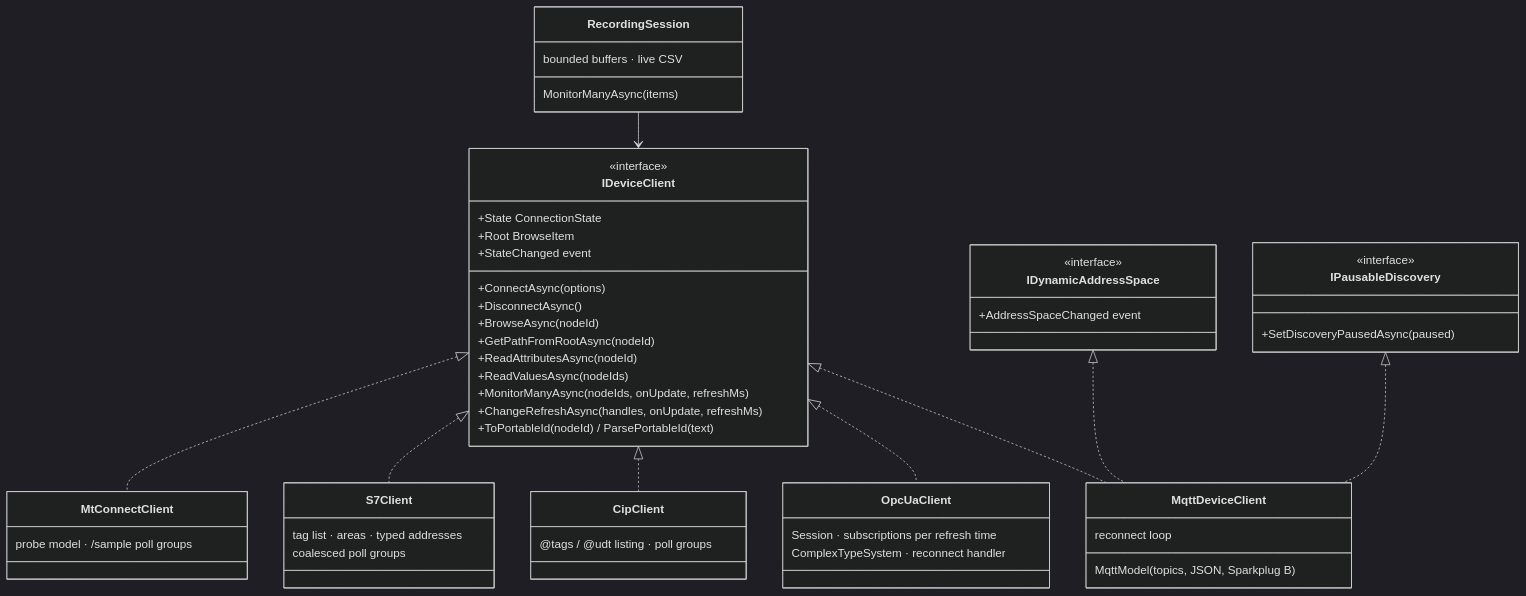
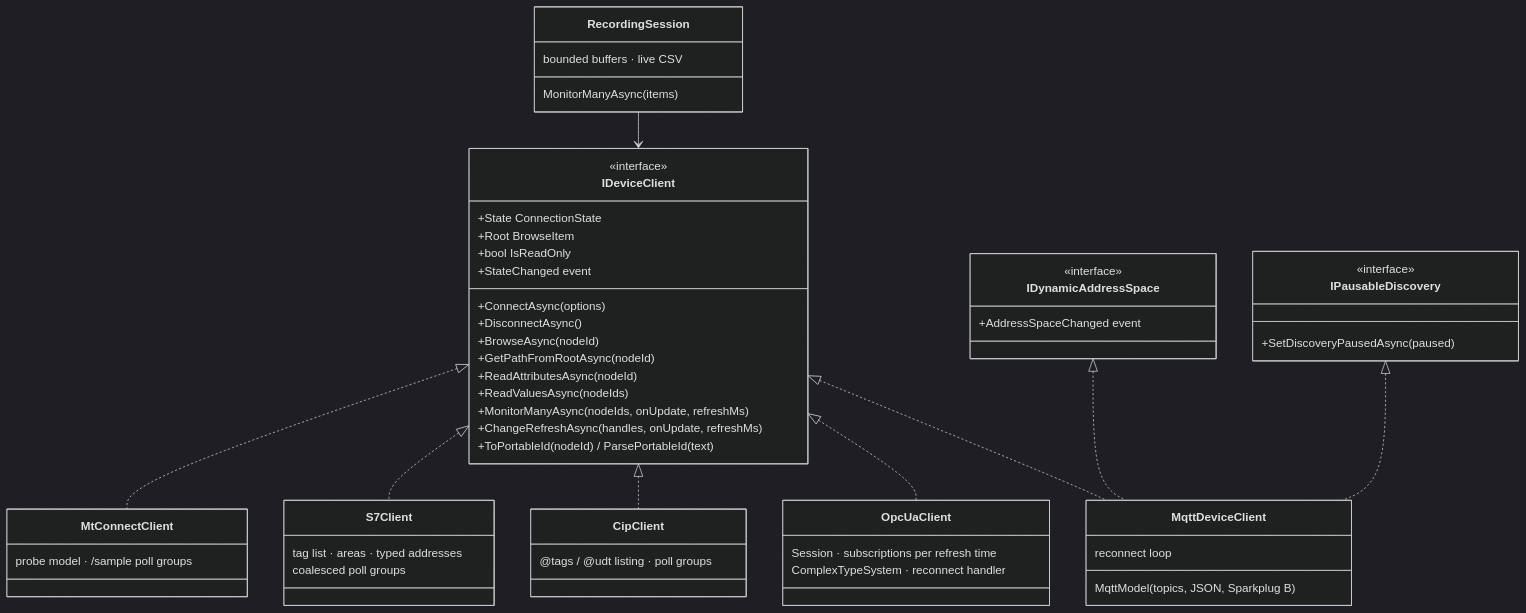
The second of 5 diagrams in docs/architecture.md (ZaoralJ/MachineDataBrowser), drawn with Mermaid (dark theme) before and after one commit. The commit also changed other lines of this file and 28 other files, not shown here.

First line of the commit message:
fix(core): expose driver read-only capability (#201)

````diff
--- a/docs/architecture.md
+++ b/docs/architecture.md
@@ -133,56 +133,57 @@
 ```mermaid
 classDiagram
     class IDeviceClient {
         <<interface>>
         +State ConnectionState
         +Root BrowseItem
         +ConnectAsync(options)
         +DisconnectAsync()
         +BrowseAsync(nodeId)
         +GetPathFromRootAsync(nodeId)
-        +ReadAttributesAsync(nodeId)
-        +ReadValuesAsync(nodeIds)
-        +MonitorManyAsync(nodeIds, onUpdate, refreshMs)
+         +ReadAttributesAsync(nodeId)
+         +ReadValuesAsync(nodeIds)
+         +bool IsReadOnly
+         +MonitorManyAsync(nodeIds, onUpdate, refreshMs)
         +ChangeRefreshAsync(handles, onUpdate, refreshMs)
         +ToPortableId(nodeId) / ParsePortableId(text)
         +StateChanged event
     }
     class IDynamicAddressSpace {
         <<interface>>
         +AddressSpaceChanged event
     }
     class IPausableDiscovery {
         <<interface>>
         +SetDiscoveryPausedAsync(paused)
     }
     class OpcUaClient {
         Session · subscriptions per refresh time
         ComplexTypeSystem · reconnect handler
     }
     class CipClient {
         @tags / @udt listing · poll groups
     }
     class MqttDeviceClient {
         MqttModel (topics, JSON, Sparkplug B)
         reconnect loop
     }
     class S7Client {
         tag list · areas · typed addresses
         coalesced poll groups
     }
     IDeviceClient <|.. OpcUaClient
     IDeviceClient <|.. CipClient
     IDeviceClient <|.. MqttDeviceClient
     IDeviceClient <|.. S7Client
     class MtConnectClient {
         probe model · /sample poll groups
     }
     IDeviceClient <|.. MtConnectClient
     IDynamicAddressSpace <|.. MqttDeviceClient
     IPausableDiscovery <|.. MqttDeviceClient
     class RecordingSession {
         MonitorManyAsync(items)
         bounded buffers · live CSV
     }
     RecordingSession --> IDeviceClient
 ```
````
